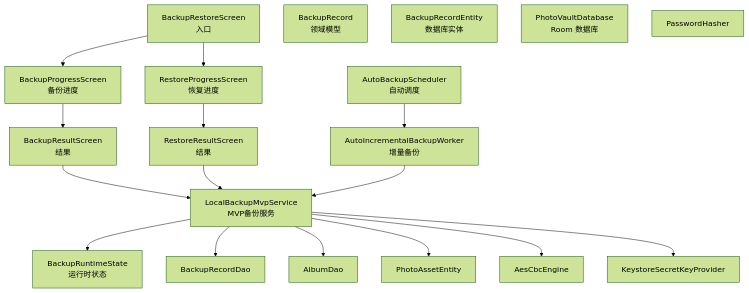
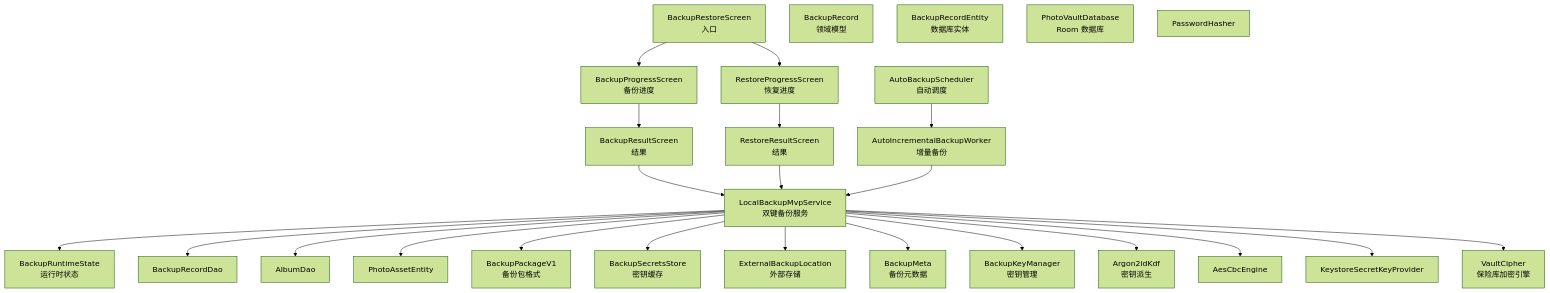
The second of 18 diagrams in .qoder/repowiki/zh/content/核心功能模块/备份恢复系统.md (wanhongbo/ai-photo-vault), drawn with Mermaid (forest theme) before and after one commit. The commit also changed other lines of this file and 22 other files, not shown here.

````diff
--- a/.qoder/repowiki/zh/content/核心功能模块/备份恢复系统.md
+++ b/.qoder/repowiki/zh/content/核心功能模块/备份恢复系统.md
@@ -148,35 +183,49 @@
 ```mermaid
 graph TB
 UI_BRS["BackupRestoreScreen<br/>入口"]
 UI_BPS["BackupProgressScreen<br/>备份进度"]
 UI_RPS["RestoreProgressScreen<br/>恢复进度"]
 UI_BRSU["BackupResultScreen<br/>结果"]
 UI_RRS["RestoreResultScreen<br/>结果"]
 MODEL["BackupRecord<br/>领域模型"]
 ENTITY["BackupRecordEntity<br/>数据库实体"]
 DAO["BackupRecordDao"]
 DB["PhotoVaultDatabase<br/>Room 数据库"]
 DAO_A["AlbumDao"]
 ENT_PA["PhotoAssetEntity"]
+SERVICE["LocalBackupMvpService<br/>双键备份服务"]
+SCHED["AutoBackupScheduler<br/>自动调度"]
+WORKER["AutoIncrementalBackupWorker<br/>增量备份"]
+STATE["BackupRuntimeState<br/>运行时状态"]
+PKG["BackupPackageV1<br/>备份包格式"]
+SECRETS["BackupSecretsStore<br/>密钥缓存"]
+EXT["ExternalBackupLocation<br/>外部存储"]
+META["BackupMeta<br/>备份元数据"]
+KDF["BackupKeyManager<br/>密钥管理"]
+ARGON["Argon2idKdf<br/>密钥派生"]
 ENC["AesCbcEngine"]
 KEY["KeystoreSecretKeyProvider"]
 HASH["PasswordHasher"]
-SERVICE["LocalBackupMvpService<br/>MVP备份服务"]
-SCHED["AutoBackupScheduler<br/>自动调度"]
-WORKER["AutoIncrementalBackupWorker<br/>增量备份"]
-STATE["BackupRuntimeState<br/>运行时状态"]
+VC["VaultCipher<br/>保险库加密引擎"]
 UI_BRS --> UI_BPS
 UI_BRS --> UI_RPS
 UI_BPS --> UI_BRSU
 UI_RPS --> UI_RRS
 UI_BRSU --> SERVICE
 UI_RRS --> SERVICE
 SERVICE --> STATE
 SERVICE --> DAO
 SERVICE --> DAO_A
 SERVICE --> ENT_PA
+SERVICE --> PKG
+SERVICE --> SECRETS
+SERVICE --> EXT
+SERVICE --> META
+SERVICE --> KDF
+SERVICE --> ARGON
 SERVICE --> ENC
 SERVICE --> KEY
+SERVICE --> VC
 SCHED --> WORKER
 WORKER --> SERVICE
 ```
````
